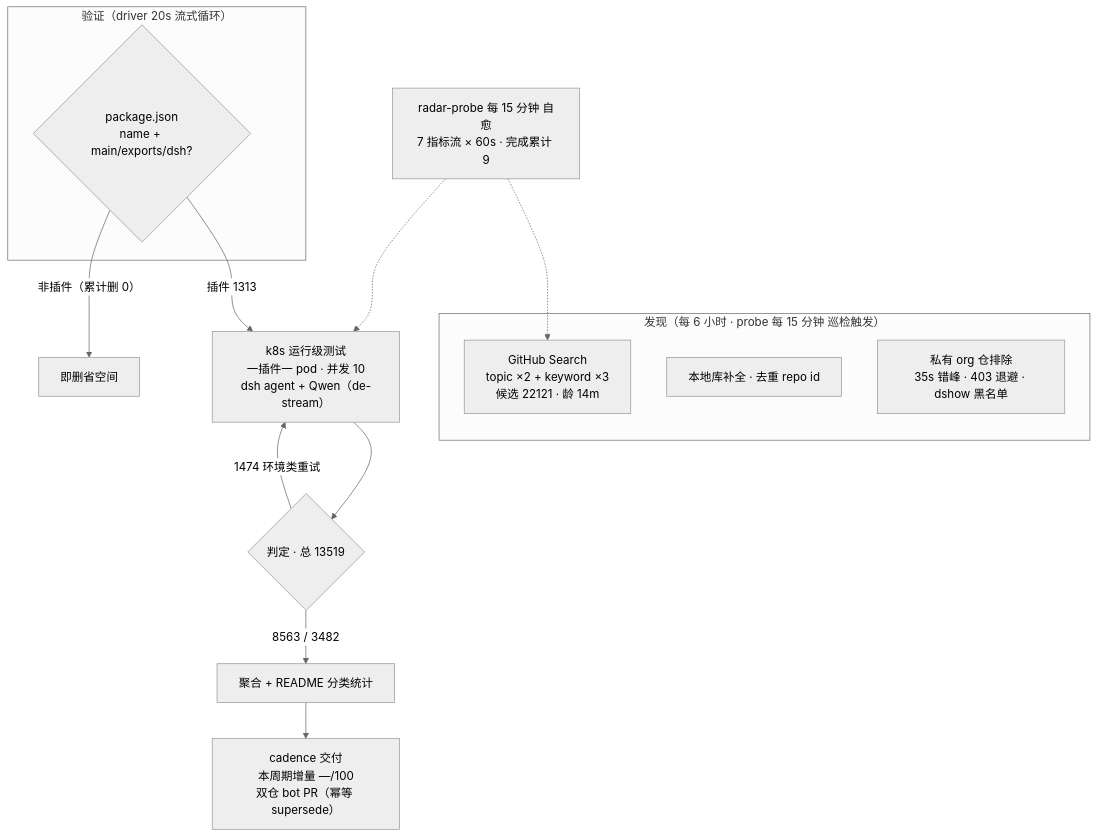
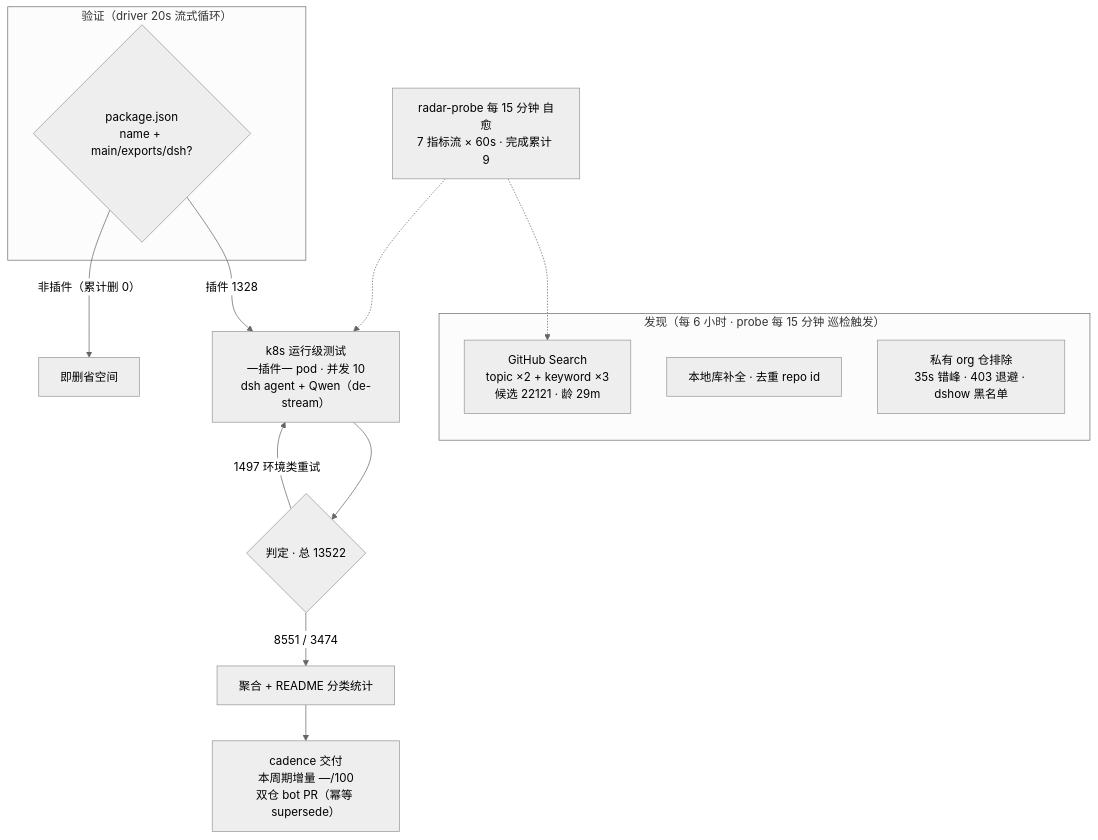
One commit to 1420079678-ctrl/dsh-plugin-radar changed the diagram in README.md. Above: the diagram before and after it, drawn with Mermaid (neutral theme). The commit also changed other lines of this file and 10 other files, not shown here.

````diff
--- a/README.md
+++ b/README.md
@@ -55,20 +55,20 @@
 ```mermaid
 flowchart TB
     subgraph Discovery["发现（每 6 小时 · probe 每 15 分钟 巡检触发）"]
-        A1["GitHub Search<br/>topic ×2 + keyword ×3<br/>候选 22121 · 龄 14m"]
+        A1["GitHub Search<br/>topic ×2 + keyword ×3<br/>候选 22121 · 龄 29m"]
         A2["本地库补全 · 去重 repo id"]
         A3["私有 org 仓排除<br/>35s 错峰 · 403 退避 · dshow 黑名单"]
     end
     subgraph Validation["验证（driver 20s 流式循环）"]
         B1{"package.json<br/>name + main/exports/dsh?"}
     end
-    B1 -->|"插件 1313"| C1["k8s 运行级测试<br/>一插件一 pod · 并发 10<br/>dsh agent + Qwen（de-stream）"]
+    B1 -->|"插件 1328"| C1["k8s 运行级测试<br/>一插件一 pod · 并发 10<br/>dsh agent + Qwen（de-stream）"]
     B1 -->|"非插件（累计删 0）"| B3["即删省空间"]
-    C1 --> D1{"判定 · 总 13519"}
-    D1 -->|"8563 / 3482"| E1["聚合 + README 分类统计"]
-    D1 -->|"1474 环境类重试"| C1
+    C1 --> D1{"判定 · 总 13522"}
+    D1 -->|"8551 / 3474"| E1["聚合 + README 分类统计"]
+    D1 -->|"1497 环境类重试"| C1
     E1 --> E2["cadence 交付<br/>本周期增量 —/100<br/>双仓 bot PR（幂等 supersede）"]
     M["radar-probe 每 15 分钟 自愈<br/>7 指标流 × 60s · 完成累计 9"]
     M -.-> A1
     M -.-> C1
 ```
````
